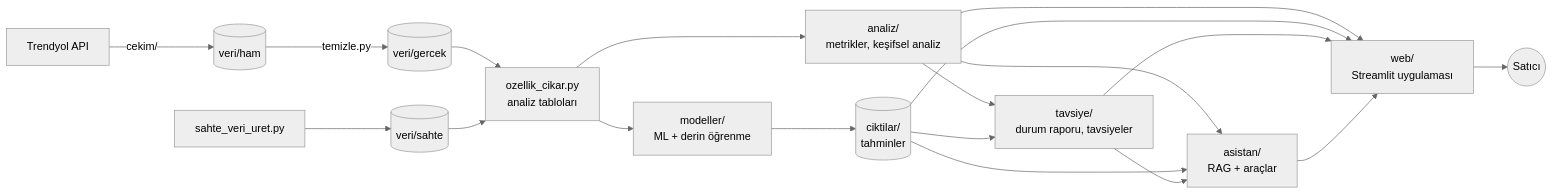
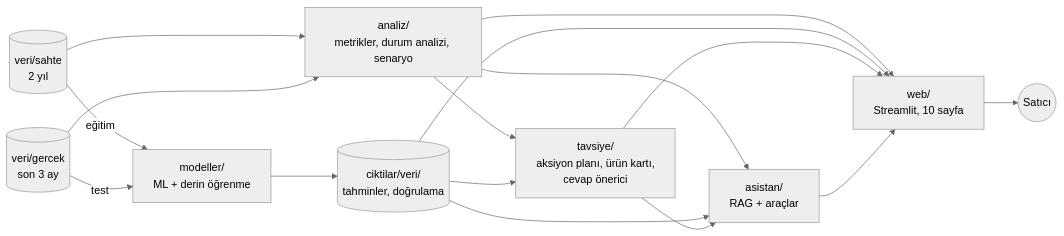
Before and after one commit to TahirAytekin/Veri-Madenciligi-ve-Is-Zekasi-E-Ticaret: the first of 3 diagrams in docs/PROJE_PLANI.md, drawn with Mermaid (neutral theme). The commit also changed other lines of this file and 6 other files, not shown here.

````diff
--- a/docs/PROJE_PLANI.md
+++ b/docs/PROJE_PLANI.md
@@ -60,21 +70,18 @@
 ```mermaid
 flowchart LR
-    API["Trendyol API"] -->|"cekim/"| HAM[("veri/ham")]
-    HAM -->|"temizle.py"| GER[("veri/gercek")]
-    URET["sahte_veri_uret.py"] --> SAH[("veri/sahte")]
-    GER --> OZ["ozellik_cikar.py<br/>analiz tabloları"]
-    SAH --> OZ
-    OZ --> MET["analiz/<br/>metrikler, keşifsel analiz"]
-    OZ --> MOD["modeller/<br/>ML + derin öğrenme"]
-    MOD --> CIK[("ciktilar/<br/>tahminler")]
-    MET --> TAV["tavsiye/<br/>durum raporu, tavsiyeler"]
+    SAH[("veri/sahte<br/>2 yıl")] -->|eğitim| MOD["modeller/<br/>ML + derin öğrenme"]
+    GER[("veri/gercek<br/>son 3 ay")] -->|test| MOD
+    SAH --> MET["analiz/<br/>metrikler, durum analizi, senaryo"]
+    GER --> MET
+    MOD --> CIK[("ciktilar/veri/<br/>tahminler, doğrulama")]
+    MET --> TAV["tavsiye/<br/>aksiyon planı, ürün kartı,<br/>cevap önerici"]
     CIK --> TAV
     MET --> AS["asistan/<br/>RAG + araçlar"]
     CIK --> AS
     TAV --> AS
-    MET --> WEB["web/<br/>Streamlit uygulaması"]
+    MET --> WEB["web/<br/>Streamlit, 10 sayfa"]
     CIK --> WEB
     TAV --> WEB
     AS --> WEB
     WEB --> SAT(("Satıcı"))
 ```
````
